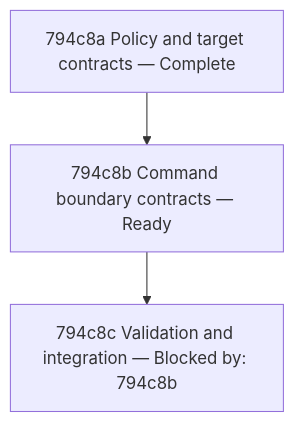
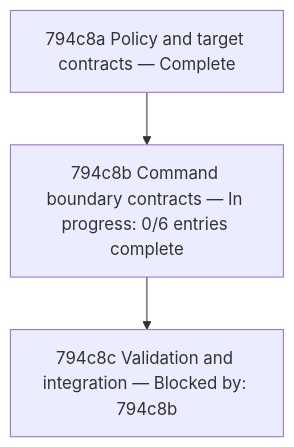
One commit to toejough/engram changed the diagram in docs/changes/794_nilaway-resources/794c_implementation-plan.md. Above: the diagram before and after it, drawn with Mermaid. The commit also changed other lines of this file and 6 other files, not shown here.

First line of the commit message:
test(794): expose NilAway command boundary regressions

````diff
--- a/docs/changes/794_nilaway-resources/794c_implementation-plan.md
+++ b/docs/changes/794_nilaway-resources/794c_implementation-plan.md
@@ -52,8 +52,8 @@
 ```mermaid
 graph TD
     N794c8a["794c8a Policy and target contracts — Complete"]
-    N794c8b["794c8b Command boundary contracts — Ready"]
+    N794c8b["794c8b Command boundary contracts — In progress: 0/6 entries complete"]
     N794c8c["794c8c Validation and integration — Blocked by: 794c8b"]
     N794c8a --> N794c8b
     N794c8b --> N794c8c
 ```
````
